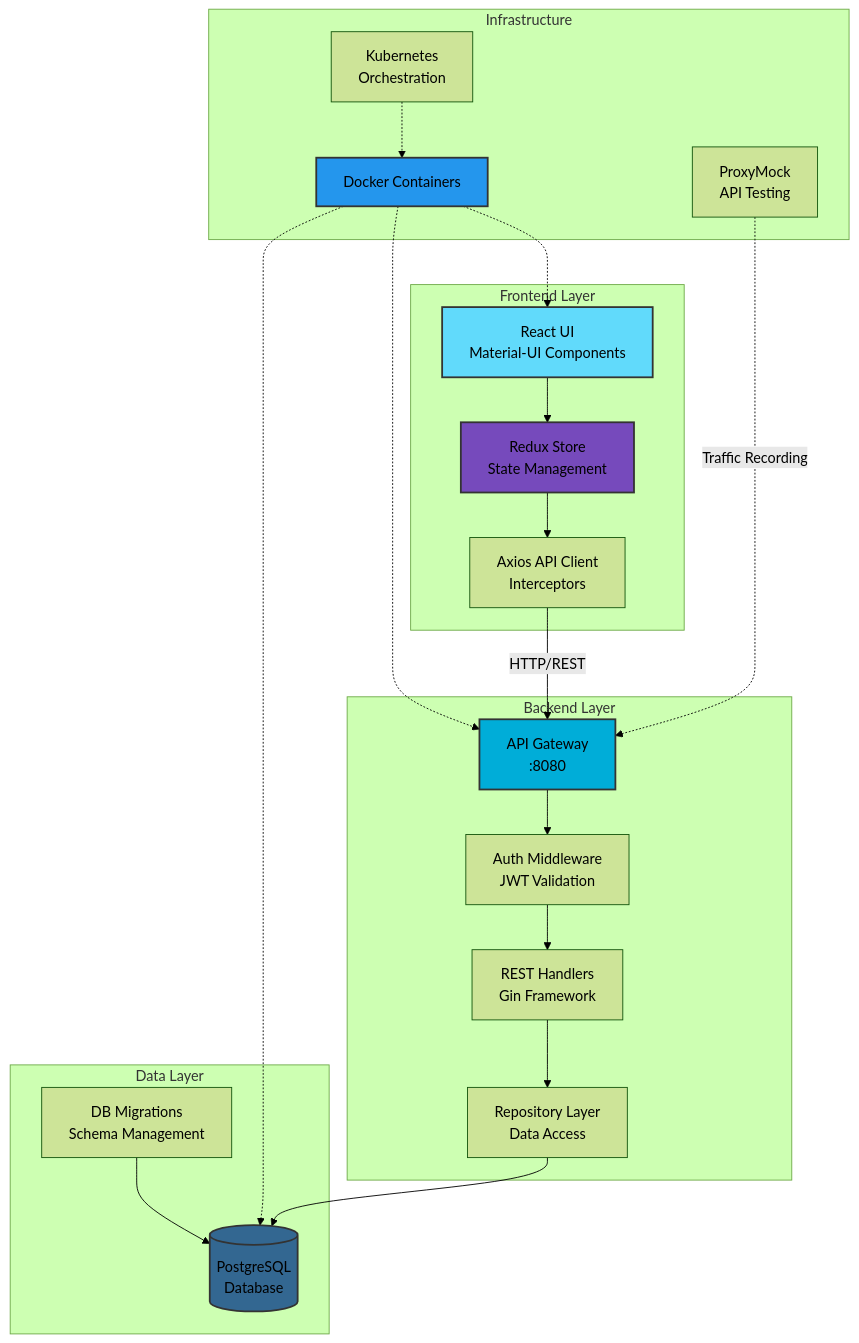
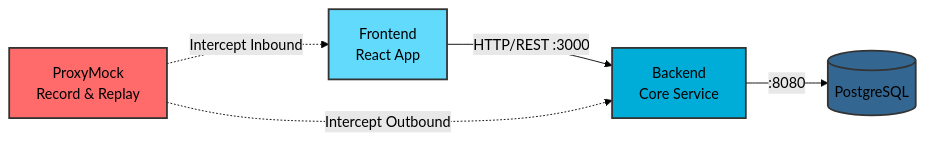
One commit to kenahrens/crm-demo changed the diagram in README.md. Above: the diagram before and after it, drawn with Mermaid (forest theme). The commit also changed other lines of this file and 19 other files, not shown here.

````diff
--- a/README.md
+++ b/README.md
@@ -21,47 +150,18 @@
 ```mermaid
-graph TB
-    subgraph "Frontend Layer"
-        UI[React UI<br/>Material-UI Components]
-        Redux[Redux Store<br/>State Management]
-        API_Client[Axios API Client<br/>Interceptors]
-    end
-    
-    subgraph "Backend Layer"
-        Gateway[API Gateway<br/>:8080]
-        Auth[Auth Middleware<br/>JWT Validation]
-        Handlers[REST Handlers<br/>Gin Framework]
-        Repository[Repository Layer<br/>Data Access]
-    end
-    
-    subgraph "Data Layer"
-        PostgreSQL[(PostgreSQL<br/>Database)]
-        Migrations[DB Migrations<br/>Schema Management]
-    end
-    
-    subgraph "Infrastructure"
-        Docker[Docker Containers]
-        K8s[Kubernetes<br/>Orchestration]
-        ProxyMock[ProxyMock<br/>API Testing]
-    end
-    
-    UI --> Redux
-    Redux --> API_Client
-    API_Client -->|HTTP/REST| Gateway
-    Gateway --> Auth
-    Auth --> Handlers
-    Handlers --> Repository
-    Repository --> PostgreSQL
-    Migrations --> PostgreSQL
-    
-    Docker -.-> UI
-    Docker -.-> Gateway
-    Docker -.-> PostgreSQL
-    K8s -.-> Docker
-    ProxyMock -.->|Traffic Recording| Gateway
-    
-    style UI fill:#61dafb,stroke:#333,stroke-width:2px
-    style Redux fill:#764abc,stroke:#333,stroke-width:2px
-    style Gateway fill:#00add8,stroke:#333,stroke-width:2px
-    style PostgreSQL fill:#336791,stroke:#333,stroke-width:2px
-    style Docker fill:#2496ed,stroke:#333,stroke-width:2px
+graph LR
+    Frontend[Frontend<br/>React App]
+    Backend[Backend<br/>Core Service]
+    DB[(PostgreSQL)]
+    PM[ProxyMock<br/>Record & Replay]
+
+    Frontend -->|HTTP/REST :3000| Backend
+    Backend -->|:8080| DB
+
+    PM -.->|Intercept Inbound| Frontend
+    PM -.->|Intercept Outbound| Backend
+
+    style Frontend fill:#61dafb,stroke:#333,stroke-width:2px
+    style Backend fill:#00add8,stroke:#333,stroke-width:2px
+    style DB fill:#336791,stroke:#333,stroke-width:2px
+    style PM fill:#ff6b6b,stroke:#333,stroke-width:2px
 ```
````
